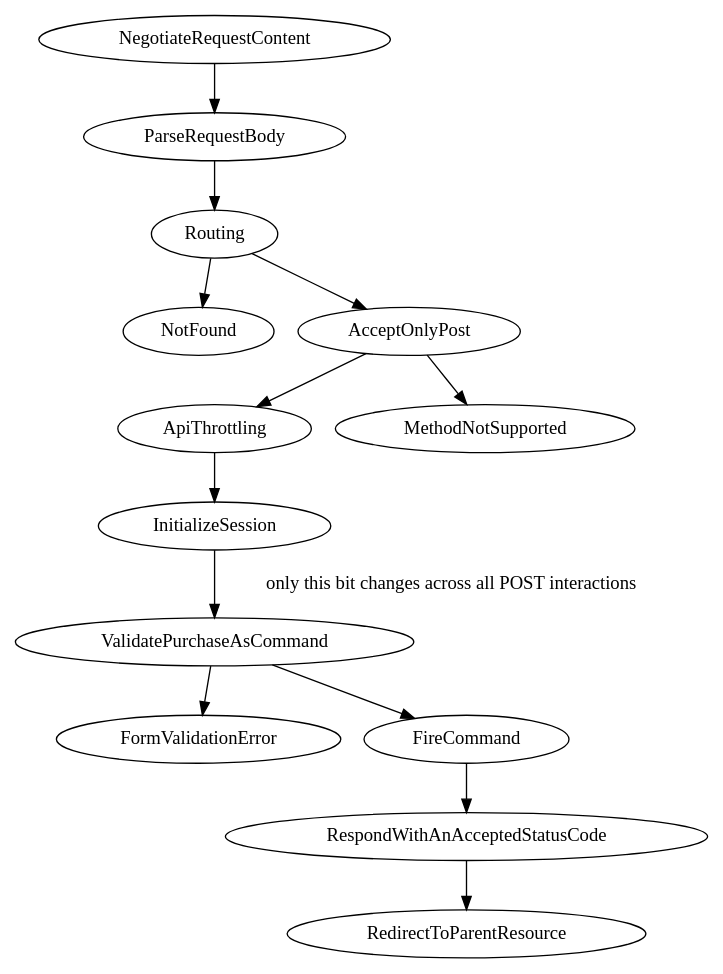
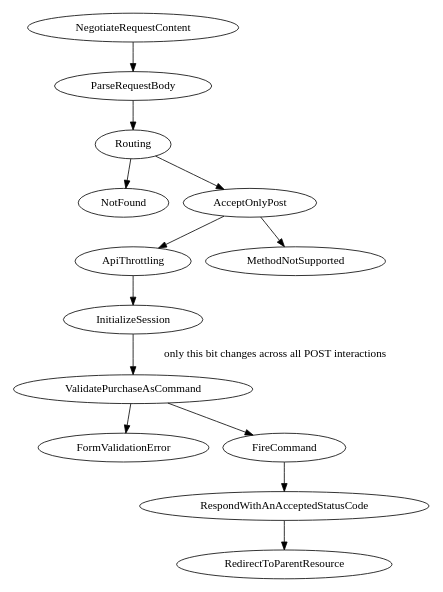
One commit to Ocramius/from-helpers-to-middleware changed the diagram in slides/from-helpers-to-middleware/bonus-cqrs-and-middleware/purchase-pipeline-cqrs.dot. Above: the diagram before and after it, drawn with Graphviz. The commit also changed 3 other files, not shown here.

Commit message:
Adding tiny middleware pipeline graph

```diff
--- a/slides/from-helpers-to-middleware/bonus-cqrs-and-middleware/purchase-pipeline-cqrs.dot
+++ b/slides/from-helpers-to-middleware/bonus-cqrs-and-middleware/purchase-pipeline-cqrs.dot
@@ -1,14 +1,17 @@
 digraph App {
+    size="6,6";
+    #rankdir="LR";
+
     NegotiateRequestContent -> ParseRequestBody
     ParseRequestBody -> Routing
     Routing -> NotFound
     Routing -> AcceptOnlyPost
     AcceptOnlyPost -> ApiThrottling
     AcceptOnlyPost -> MethodNotSupported
     ApiThrottling -> InitializeSession
     InitializeSession -> ValidatePurchaseAsCommand [ label="only this bit changes across all POST interactions" ]
     ValidatePurchaseAsCommand -> FormValidationError
     ValidatePurchaseAsCommand -> FireCommand
     FireCommand -> RespondWithAnAcceptedStatusCode
     RespondWithAnAcceptedStatusCode -> RedirectToParentResource
 }
```
